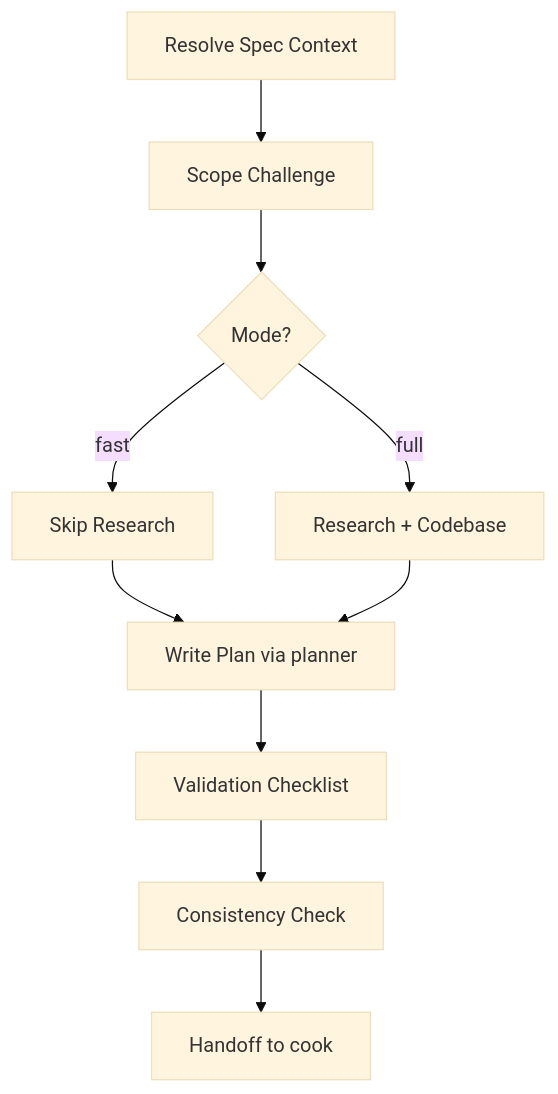
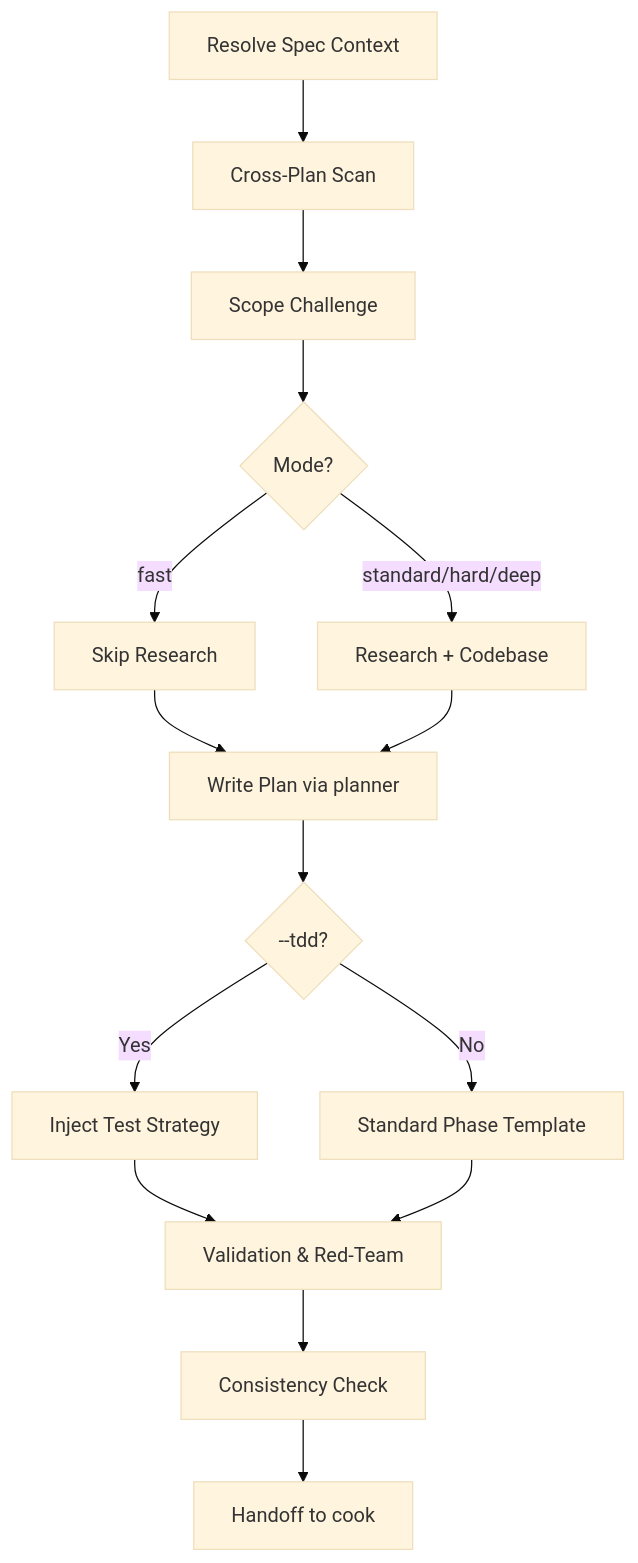
The diagram in .opencode/skills/plan/SKILL.md (phucnt-2896/X-Force-kit), drawn with Mermaid (base theme) before and after one commit. The commit also changed other lines of this file and 3 other files, not shown here.

Commit message:
refactor: update cook and plan skill workflows with refined hard-gates, execution modes, and standardized documentation templates

````diff
--- a/.opencode/skills/plan/SKILL.md
+++ b/.opencode/skills/plan/SKILL.md
@@ -16,12 +17,17 @@
 ```mermaid
 flowchart TD
-    A[Resolve Spec Context] --> B[Scope Challenge]
-    B --> C{Mode?}
-    C -->|fast| D[Skip Research]
-    C -->|full| E[Research + Codebase]
-    D --> F[Write Plan via planner]
-    E --> F
-    F --> G[Validation Checklist]
-    G --> H[Consistency Check]
-    H --> I[Handoff to cook]
+    A[Resolve Spec Context] --> B[Cross-Plan Scan]
+    B --> C[Scope Challenge]
+    C --> D{Mode?}
+    D -->|fast| E[Skip Research]
+    D -->|standard/hard/deep| F[Research + Codebase]
+    E --> G[Write Plan via planner]
+    F --> G
+    G --> H{--tdd?}
+    H -->|Yes| I[Inject Test Strategy]
+    H -->|No| J[Standard Phase Template]
+    I --> K[Validation & Red-Team]
+    J --> K
+    K --> L[Consistency Check]
+    L --> M[Handoff to cook]
 ```
````
